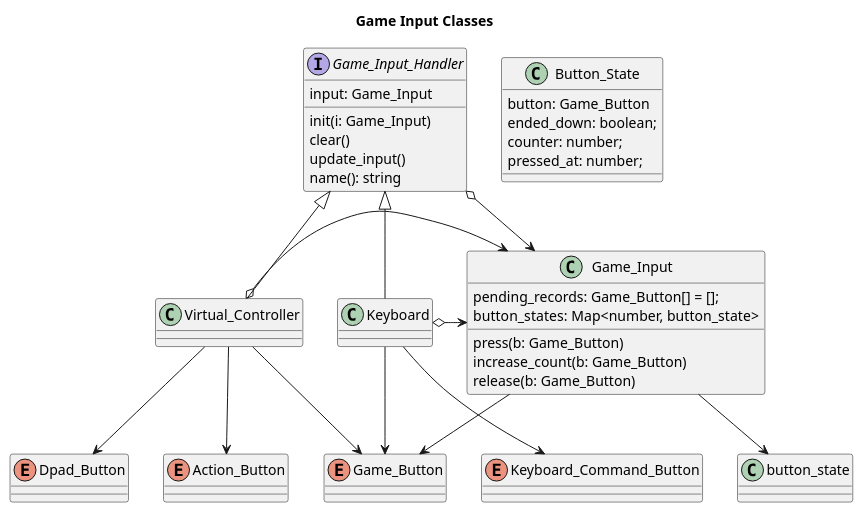
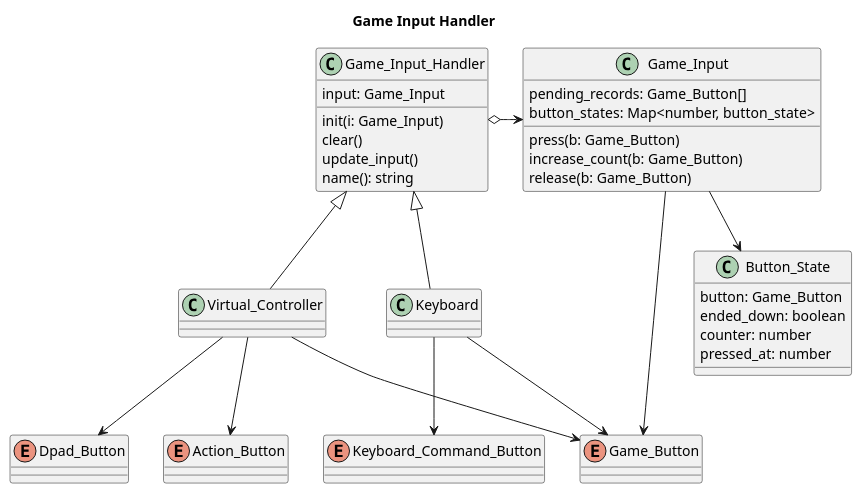
One commit to point23/poly-the-shape-of-everything changed the first of 2 diagrams in notes/input_system.org. Above: the diagram before and after it, drawn with PlantUML. The commit also changed other lines of this file and 32 other files, not shown here.

```diff
--- a/notes/input_system.org
+++ b/notes/input_system.org
@@ -1,49 +1,46 @@
 #+begin_src plantuml :file Game_Input.png
-
-title Game Input Classes
+title Game Input Handler
 
 class Button_State {
     button: Game_Button
-    ended_down: boolean;
-    counter: number;
-    pressed_at: number;
+    ended_down: boolean
+    counter: number
+    pressed_at: number
 }
 
 class Game_Input {
-    pending_records: Game_Button[] = [];
+    pending_records: Game_Button[]
     button_states: Map<number, button_state>
     press(b: Game_Button)
     increase_count(b: Game_Button)
     release(b: Game_Button)
 }
 
-interface Game_Input_Handler {
+class Game_Input_Handler {
     input: Game_Input
     init(i: Game_Input)
     clear()
     update_input()
     name(): string
 }
 
 class Virtual_Controller extends Game_Input_Handler 
 class Keyboard extends Game_Input_Handler
 
 enum Game_Button
 enum Dpad_Button
 enum Action_Button
 enum Keyboard_Command_Button
 
 Virtual_Controller --> Game_Button
 Virtual_Controller --> Dpad_Button
 Virtual_Controller --> Action_Button
-Virtual_Controller o-> Game_Input
 
 Keyboard --> Game_Button
 Keyboard --> Keyboard_Command_Button
-Keyboard o-> Game_Input
 
 Game_Input_Handler o-> Game_Input
 
-Game_Input --> button_state
+Game_Input --> Button_State
 Game_Input --> Game_Button
 #+end_src
```
